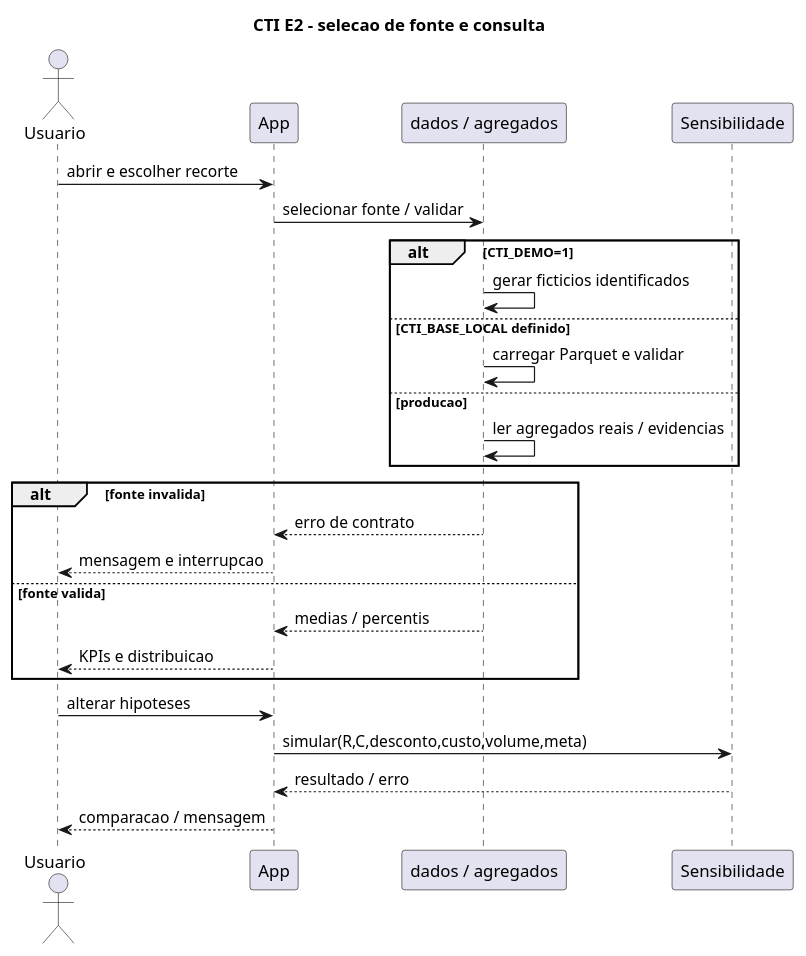
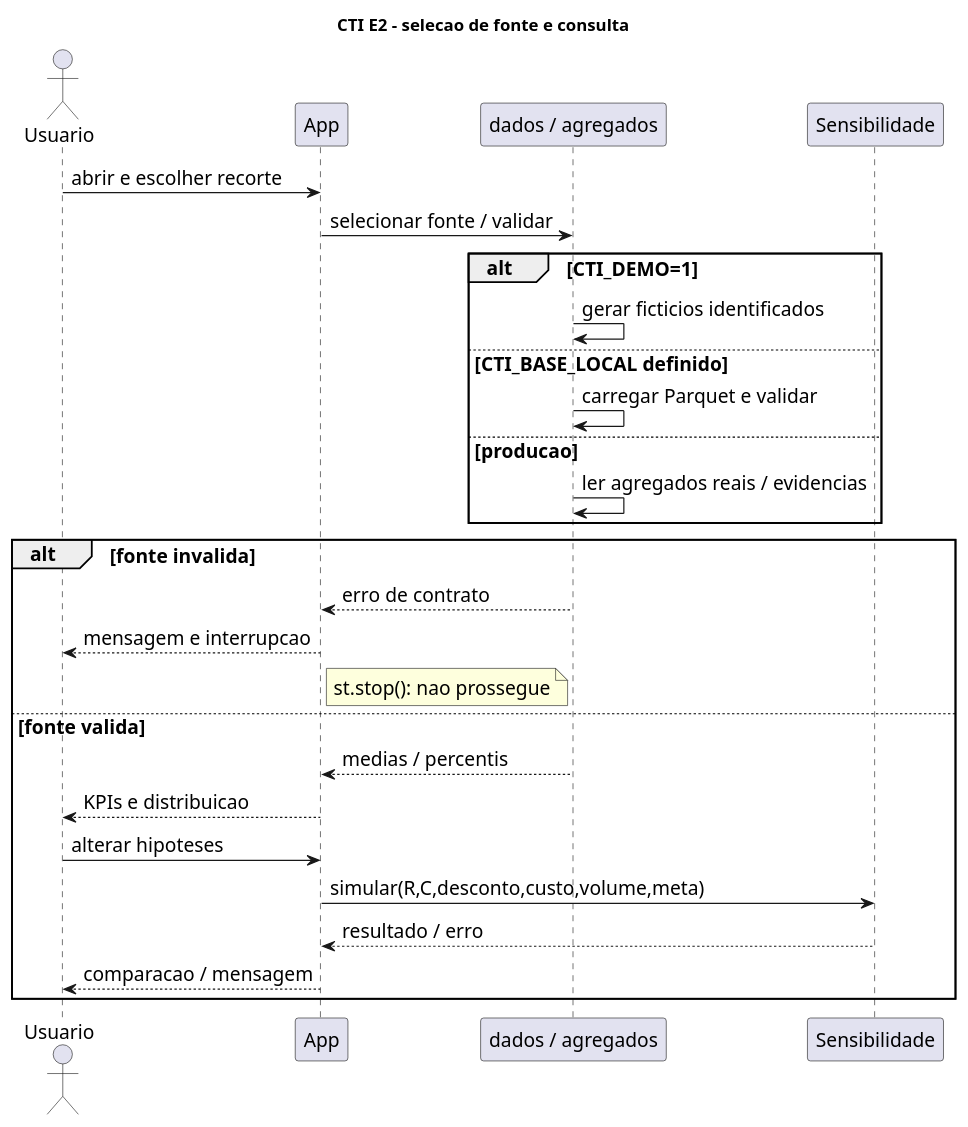
One commit to 2026-2-NCC4/Projeto6 changed the diagram in documentos/Entrega 2/ES e ML/sequencia.puml. Above: the diagram before and after it, drawn with PlantUML. The commit also changed 18 other files, not shown here.

```diff
--- a/documentos/Entrega 2/ES e ML/sequencia.puml
+++ b/documentos/Entrega 2/ES e ML/sequencia.puml
@@ -1,27 +1,30 @@
 @startuml
 title CTI E2 - selecao de fonte e consulta
+skinparam defaultFontSize 16
+skinparam backgroundColor white
 actor Usuario
 participant App
 participant "dados / agregados" as Fonte
 participant Sensibilidade
 Usuario -> App : abrir e escolher recorte
 App -> Fonte : selecionar fonte / validar
 alt CTI_DEMO=1
 Fonte -> Fonte : gerar ficticios identificados
 else CTI_BASE_LOCAL definido
 Fonte -> Fonte : carregar Parquet e validar
 else producao
 Fonte -> Fonte : ler agregados reais / evidencias
 end
 alt fonte invalida
 Fonte --> App : erro de contrato
 App --> Usuario : mensagem e interrupcao
+note right of App : st.stop(): nao prossegue
 else fonte valida
 Fonte --> App : medias / percentis
 App --> Usuario : KPIs e distribuicao
-end
 Usuario -> App : alterar hipoteses
 App -> Sensibilidade : simular(R,C,desconto,custo,volume,meta)
 Sensibilidade --> App : resultado / erro
 App --> Usuario : comparacao / mensagem
+end
 @enduml
```
